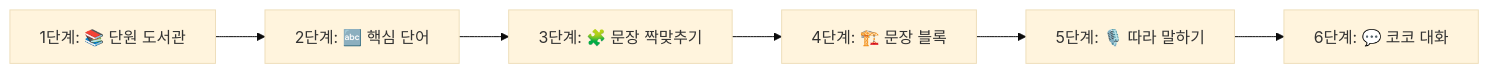
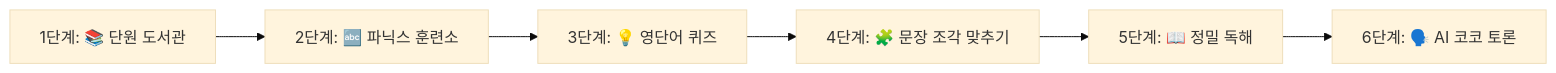
The third of 6 diagrams in docs/english_spec.md (awslike6-web/kids-school), drawn with Mermaid (base theme) before and after one commit. The commit also changed other lines of this file and 1 other file, not shown here.

````diff
--- a/docs/english_spec.md
+++ b/docs/english_spec.md
@@ -68,8 +68,8 @@
 ```mermaid
 flowchart LR
-    S1[1단계: 📚 단원 도서관] --> S2[2단계: 🔤 핵심 단어]
-    S2 --> S3[3단계: 🧩 문장 짝맞추기]
-    S3 --> S4[4단계: 🏗️ 문장 블록]
-    S4 --> S5[5단계: 🎙️ 따라 말하기]
-    S5 --> S6[6단계: 💬 코코 대화]
+    S1[1단계: 📚 단원 도서관] --> S2[2단계: 🔤 파닉스 훈련소]
+    S2 --> S3[3단계: 💡 영단어 퀴즈]
+    S3 --> S4[4단계: 🧩 문장 조각 맞추기]
+    S4 --> S5[5단계: 📖 정밀 독해]
+    S5 --> S6[6단계: 🗣️ AI 코코 토론]
 ```
````
